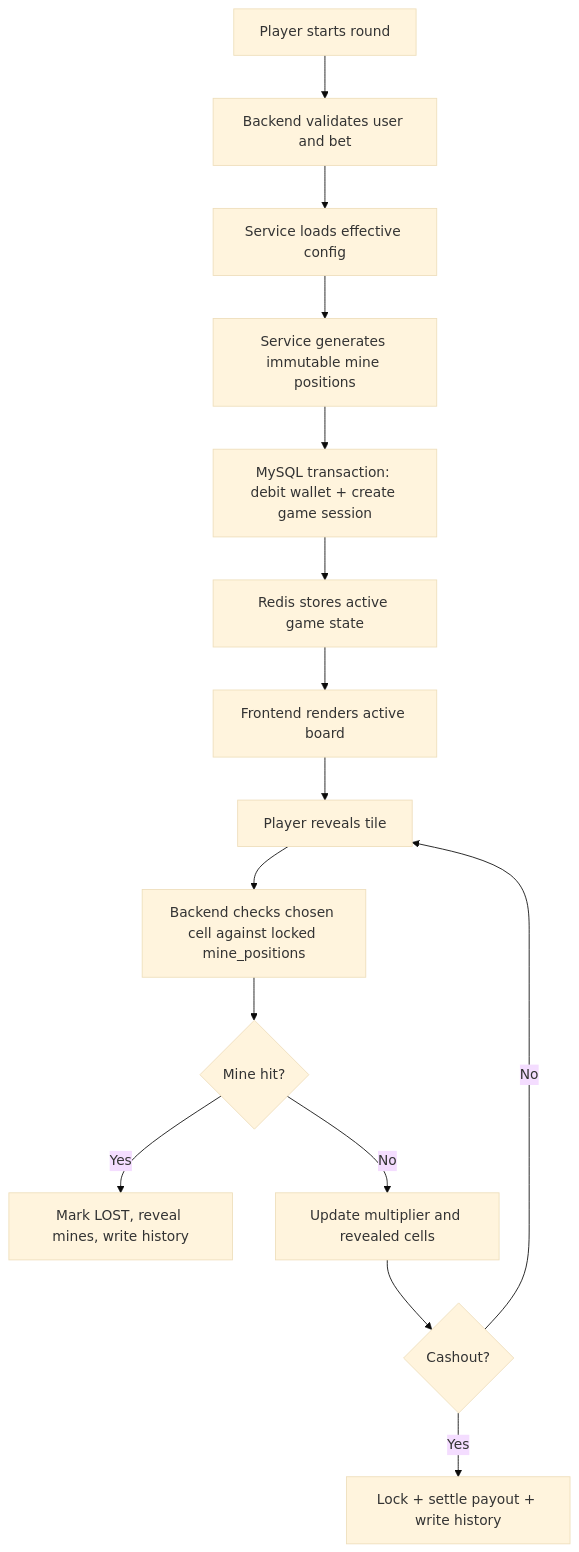
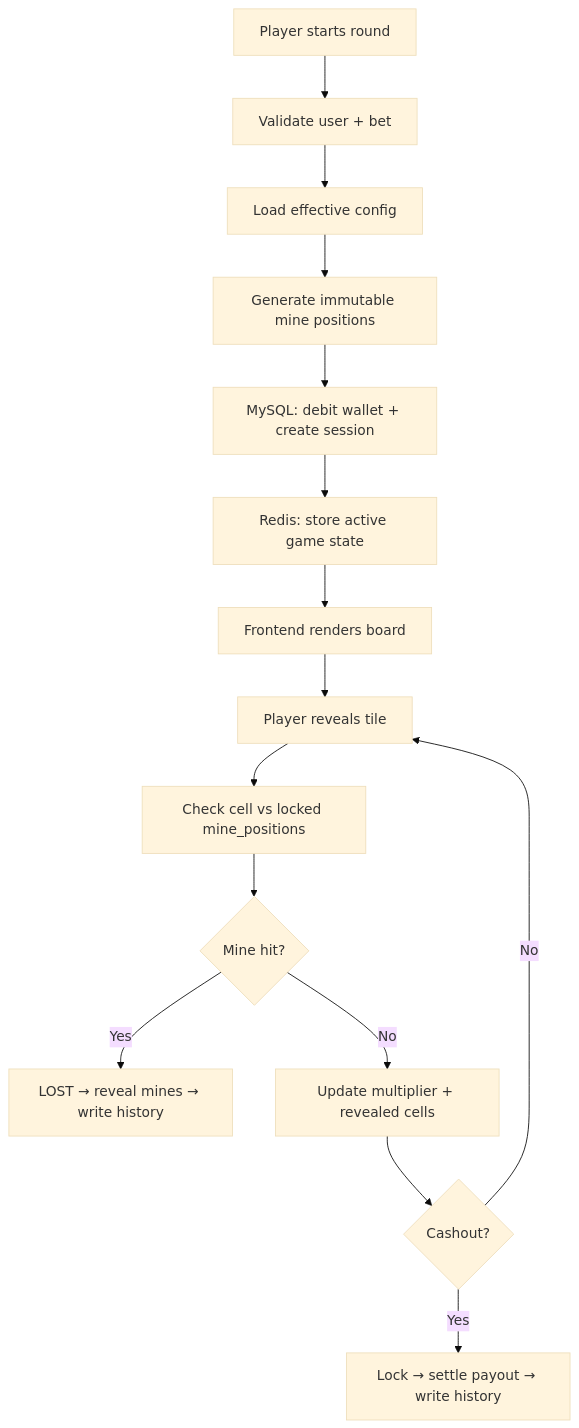
Before and after one commit to yashkale402/Stake-mine: the second of 4 diagrams in README.md, drawn with Mermaid (base theme). The commit also changed other lines of this file, not shown here.

Commit message:
docs: enhance README with badges, tables, collapsible flows, quick start, API reference, roadmap

````diff
--- a/README.md
+++ b/README.md
@@ -180,17 +126,17 @@
 ```mermaid
 flowchart TD
-    A["Player starts round"] --> B["Backend validates user and bet"]
-    B --> C["Service loads effective config"]
-    C --> D["Service generates immutable mine positions"]
-    D --> E["MySQL transaction: debit wallet + create game session"]
-    E --> F["Redis stores active game state"]
-    F --> G["Frontend renders active board"]
+    A["Player starts round"] --> B["Validate user + bet"]
+    B --> C["Load effective config"]
+    C --> D["Generate immutable mine positions"]
+    D --> E["MySQL: debit wallet + create session"]
+    E --> F["Redis: store active game state"]
+    F --> G["Frontend renders board"]
     G --> H["Player reveals tile"]
-    H --> I["Backend checks chosen cell against locked mine_positions"]
-    I --> J{"Mine hit?"}
-    J -- "Yes" --> K["Mark LOST, reveal mines, write history"]
-    J -- "No" --> L["Update multiplier and revealed cells"]
-    L --> M{"Cashout?"}
-    M -- "Yes" --> N["Lock + settle payout + write history"]
-    M -- "No" --> H
+    H --> I["Check cell vs locked mine_positions"]
+    I --> J{Mine hit?}
+    J -- Yes --> K["LOST → reveal mines → write history"]
+    J -- No --> L["Update multiplier + revealed cells"]
+    L --> M{Cashout?}
+    M -- Yes --> N["Lock → settle payout → write history"]
+    M -- No --> H
 ```
````
